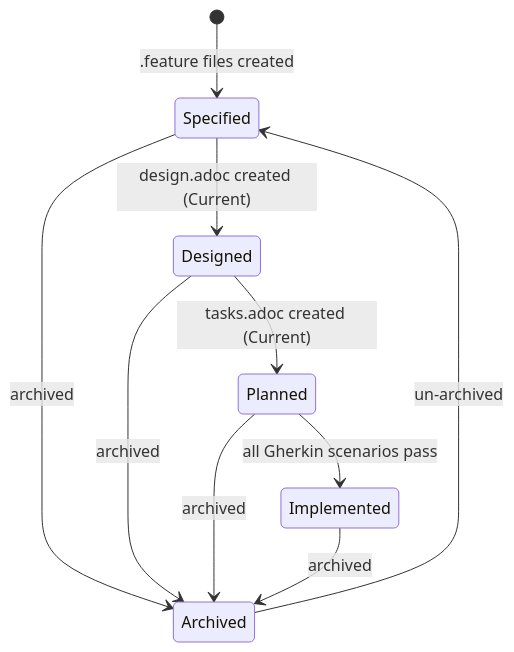
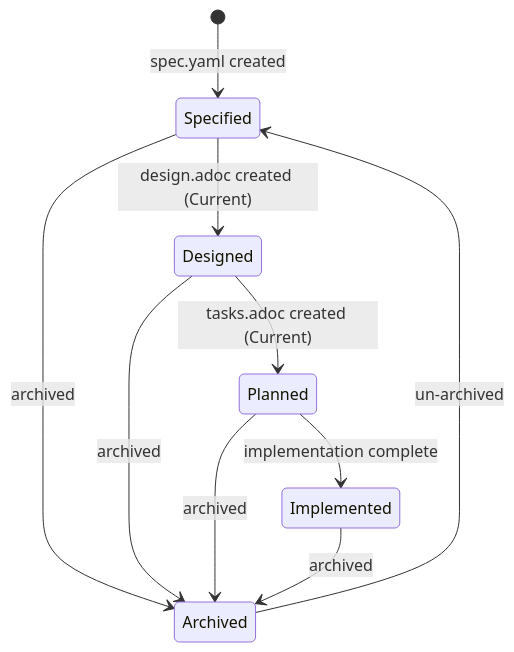
Before and after one commit to provenimpact/proven-capability: the third of 3 diagrams in skills/proven-needs/SKILL.md, drawn with Mermaid. The commit also changed other lines of this file and 20 other files, not shown here.

````diff
--- a/skills/proven-needs/SKILL.md
+++ b/skills/proven-needs/SKILL.md
@@ -747,13 +631,13 @@
 ```mermaid
 stateDiagram-v2
-    [*] --> Specified : .feature files created
+    [*] --> Specified : spec.yaml created
     Specified --> Designed : design.adoc created (Current)
     Designed --> Planned : tasks.adoc created (Current)
-    Planned --> Implemented : all Gherkin scenarios pass
+    Planned --> Implemented : implementation complete
 
     Specified --> Archived : archived
     Designed --> Archived : archived
     Planned --> Archived : archived
     Implemented --> Archived : archived
     Archived --> Specified : un-archived
 ```
````
